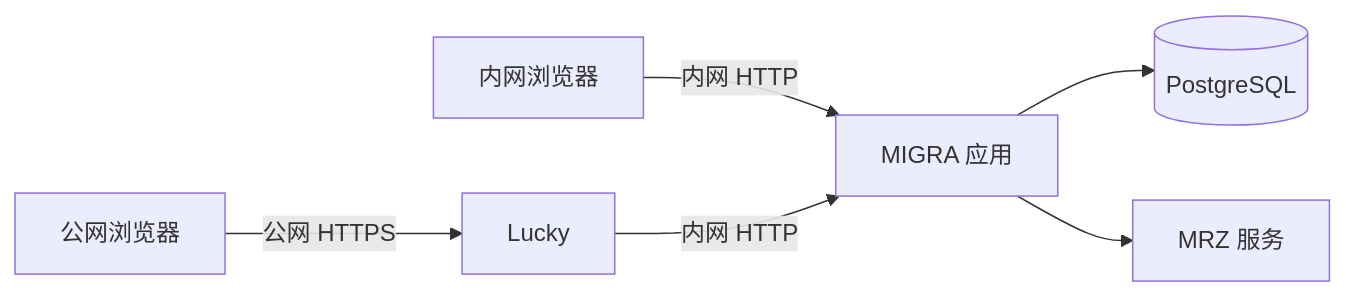
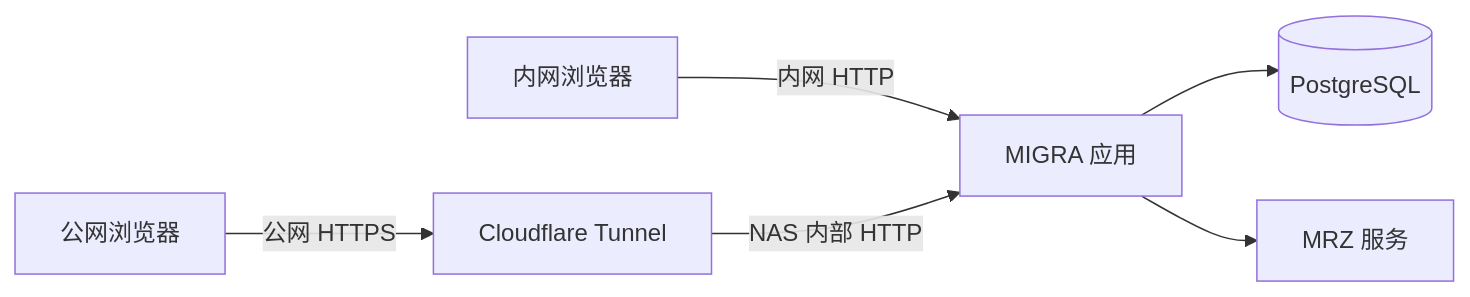
Before and after one commit to bringup113/immigration-order-manager-docker: the second of 2 diagrams in README.md, drawn with Mermaid. The commit also changed other lines of this file and 42 other files, not shown here.

````diff
--- a/README.md
+++ b/README.md
@@ -75,8 +75,8 @@
 ```mermaid
 flowchart LR
   I[内网浏览器] -->|内网 HTTP| M[MIGRA 应用]
-  P[公网浏览器] -->|公网 HTTPS| L[Lucky]
-  L -->|内网 HTTP| M
+  P[公网浏览器] -->|公网 HTTPS| L[Cloudflare Tunnel]
+  L -->|NAS 内部 HTTP| M
   M --> DB[(PostgreSQL)]
   M --> MRZ[MRZ 服务]
 ```
````
